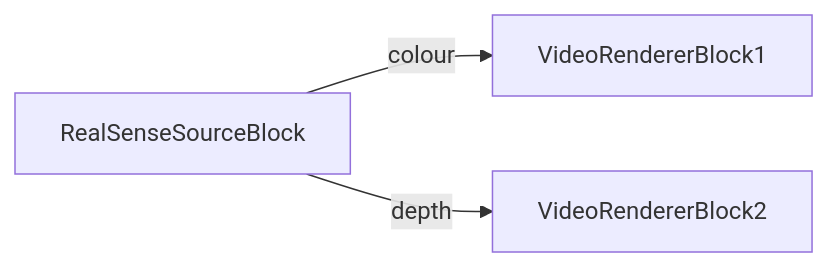
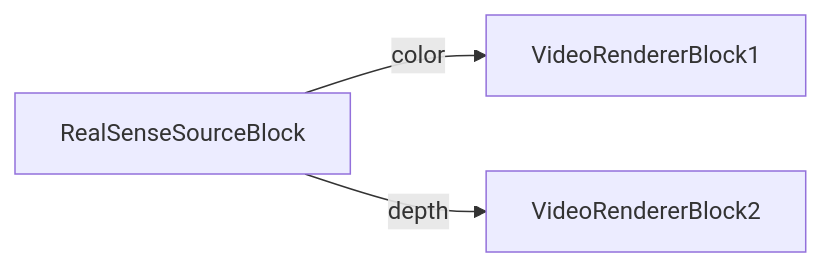
One commit to visioforge/help changed the fifth of 53 diagrams in dotnet/mediablocks/Sources/index.md. Above: the diagram before and after it, drawn with Mermaid. The commit also changed other lines of this file and 29 other files, not shown here.

````diff
--- a/dotnet/mediablocks/Sources/index.md
+++ b/dotnet/mediablocks/Sources/index.md
@@ -501,5 +501,5 @@
 ```mermaid
 graph LR;
-    RealSenseSourceBlock-- colour -->VideoRendererBlock1;
+    RealSenseSourceBlock-- color -->VideoRendererBlock1;
     RealSenseSourceBlock-- depth -->VideoRendererBlock2;
 ```
````
